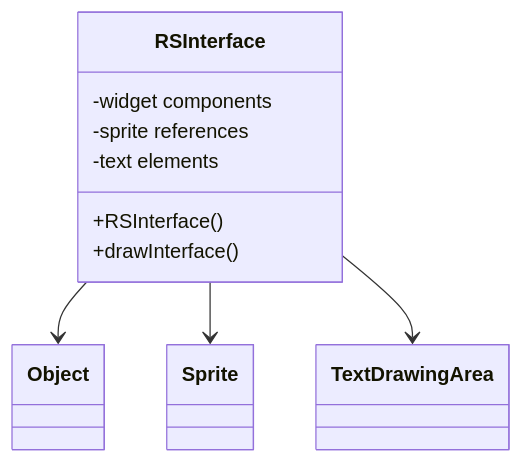
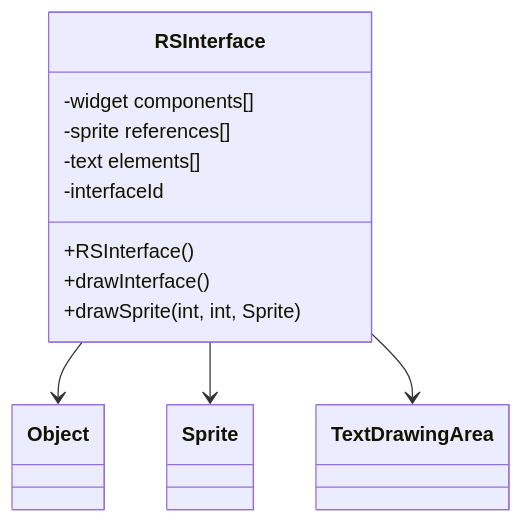
One commit to daxxog/solmud changed the diagram in bytecode/mapping/evidence/verified/RSInterface_DUCMKFAY.md. Above: the diagram before and after it, drawn with Mermaid. The commit also changed other lines of this file and 24 other files, not shown here.

````diff
--- a/bytecode/mapping/evidence/verified/RSInterface_DUCMKFAY.md
+++ b/bytecode/mapping/evidence/verified/RSInterface_DUCMKFAY.md
@@ -16,11 +16,13 @@
 ```mermaid
 classDiagram
     RSInterface --> Object
     RSInterface --> Sprite
     RSInterface --> TextDrawingArea
     RSInterface : +RSInterface()
     RSInterface : +drawInterface()
-    RSInterface : -widget components
-    RSInterface : -sprite references
-    RSInterface : -text elements
+    RSInterface : +drawSprite(int, int, Sprite)
+    RSInterface : -widget components[]
+    RSInterface : -sprite references[]
+    RSInterface : -text elements[]
+    RSInterface : -interfaceId
 ```
````
